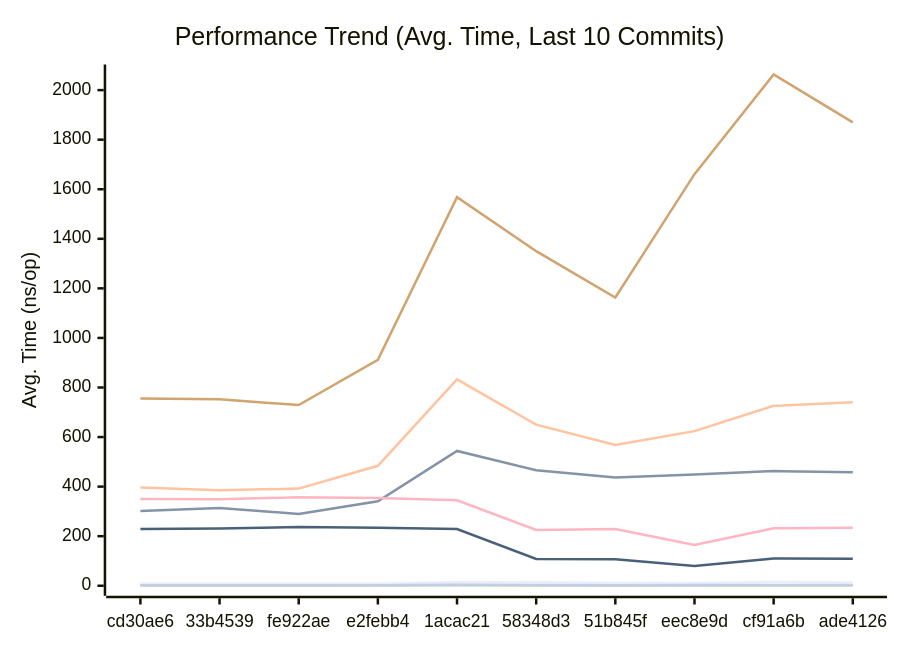
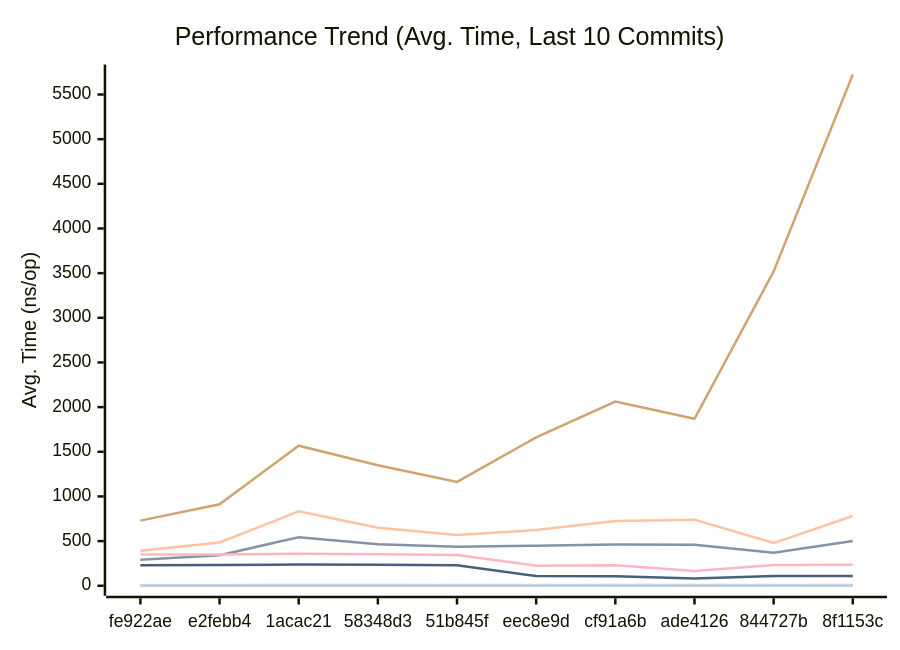
One commit to alsotoes/momo changed the first of 3 diagrams in docs/PERFORMANCE.md. Above: the diagram before and after it, drawn with Mermaid. The commit also changed other lines of this file and 3 other files, not shown here.

First line of the commit message:
fix: master CI benchstat failure — CrushOriginal noise + LoadGlobalConfig regression (#567)

````diff
--- a/docs/PERFORMANCE.md
+++ b/docs/PERFORMANCE.md
@@ -80,16 +80,16 @@
 ```mermaid
 xychart-beta
     title "Performance Trend (Avg. Time, Last 10 Commits)"
     x-axis "Commit"
     y-axis "Avg. Time (ns/op)"
-    x-axis [cd30ae6,33b4539,fe922ae,e2febb4,1acac21,58348d3,51b845f,eec8e9d,cf91a6b,ade4126]
-    line "CheckMetricsAndSwap" [8,8,8,8,15,14,11,11,15,13]
-    line "CrushOptimized" [302,314,290,341,544,466,437,449,463,458]
-    line "CrushOriginal" [396,385,392,484,833,650,568,624,726,740]
-    line "IndexDirectTracking" [0,0,0,1,1,1,0,0,1,1]
-    line "IndexSearch" [2,2,2,2,3,2,2,2,2,2]
-    line "LoadGlobalConfig" [756,753,729,912,1568,1350,1163,1661,2063,1870]
-    line "PadString" [2,2,2,2,4,3,2,3,3,3]
+    x-axis [fe922ae,e2febb4,1acac21,58348d3,51b845f,eec8e9d,cf91a6b,ade4126,844727b,8f1153c]
+    line "CheckMetricsAndSwap" [8,8,15,14,11,11,15,13,10,15]
+    line "CrushOptimized" [290,341,544,466,437,449,463,458,370,501]
+    line "CrushOriginal" [392,484,833,650,568,624,726,740,478,781]
+    line "IndexDirectTracking" [0,1,1,1,0,0,1,1,0,1]
+    line "IndexSearch" [2,2,3,2,2,2,2,2,2,3]
+    line "LoadGlobalConfig" [729,912,1568,1350,1163,1661,2063,1870,3519,5724]
+    line "PadString" [2,2,4,3,2,3,3,3,2,3]
     line "ParseReplicationOrder_NoPrealloc" [350,349,357,354,345,225,229,165,232,234]
     line "ParseReplicationOrder_Prealloc" [229,231,237,234,229,108,107,80,110,109]
 ```
````
